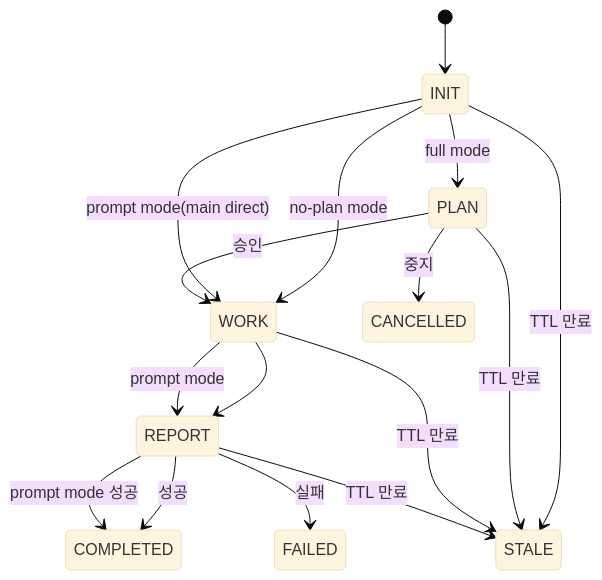
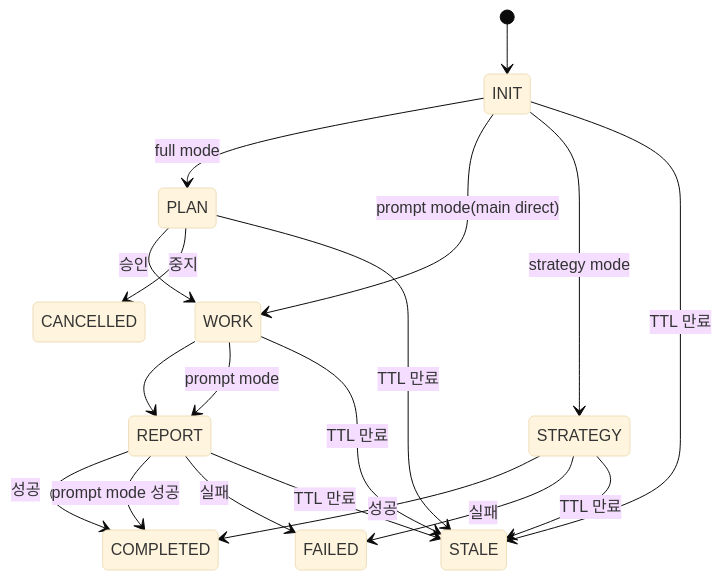
Before and after one commit to KoreanLeeChangHyun/claude-workflow: the diagram in .claude/skills/workflow-orchestration/SKILL.md, drawn with Mermaid (base theme). The commit also changed other lines of this file and 24 other files, not shown here.

````diff
--- a/.claude/skills/workflow-orchestration/SKILL.md
+++ b/.claude/skills/workflow-orchestration/SKILL.md
@@ -14,18 +14,21 @@
 ```mermaid
 stateDiagram-v2
     [*] --> INIT
     INIT --> PLAN: full mode
-    INIT --> WORK: no-plan mode
     INIT --> WORK: prompt mode(main direct)
+    INIT --> STRATEGY: strategy mode
     PLAN --> WORK: 승인
     PLAN --> CANCELLED: 중지
     WORK --> REPORT
     WORK --> REPORT: prompt mode
     REPORT --> COMPLETED: 성공
     REPORT --> COMPLETED: prompt mode 성공
     REPORT --> FAILED: 실패
+    STRATEGY --> COMPLETED: 성공
+    STRATEGY --> FAILED: 실패
+    STRATEGY --> STALE: TTL 만료
     INIT --> STALE: TTL 만료
     PLAN --> STALE: TTL 만료
     WORK --> STALE: TTL 만료
     REPORT --> STALE: TTL 만료
 ```
````
